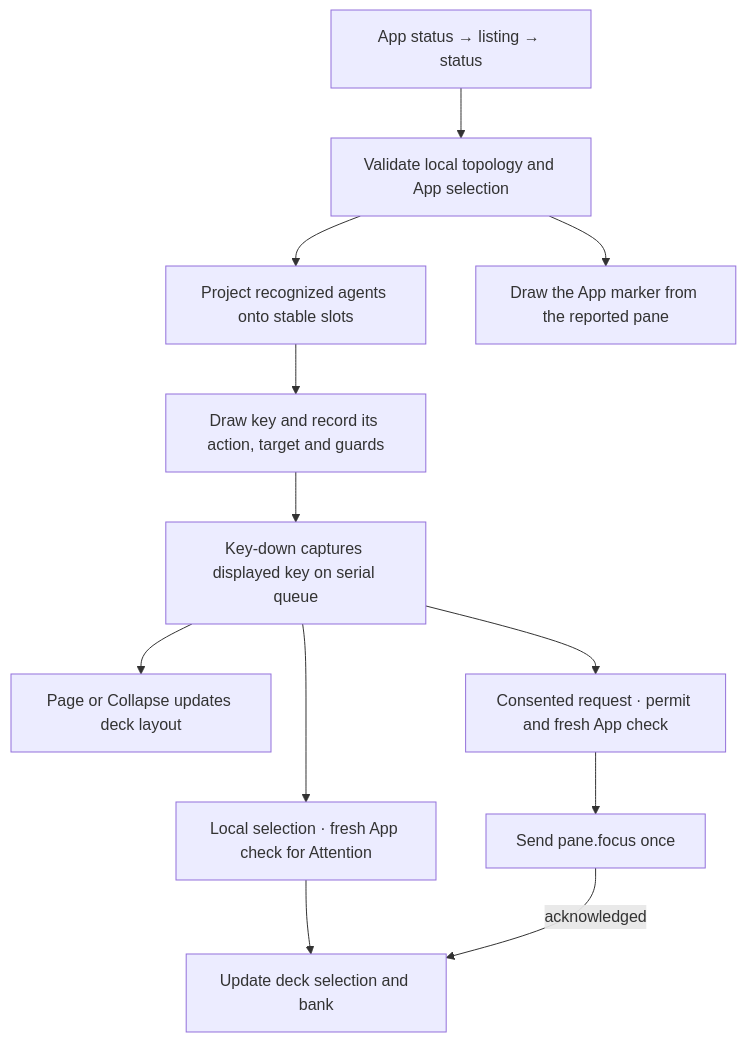
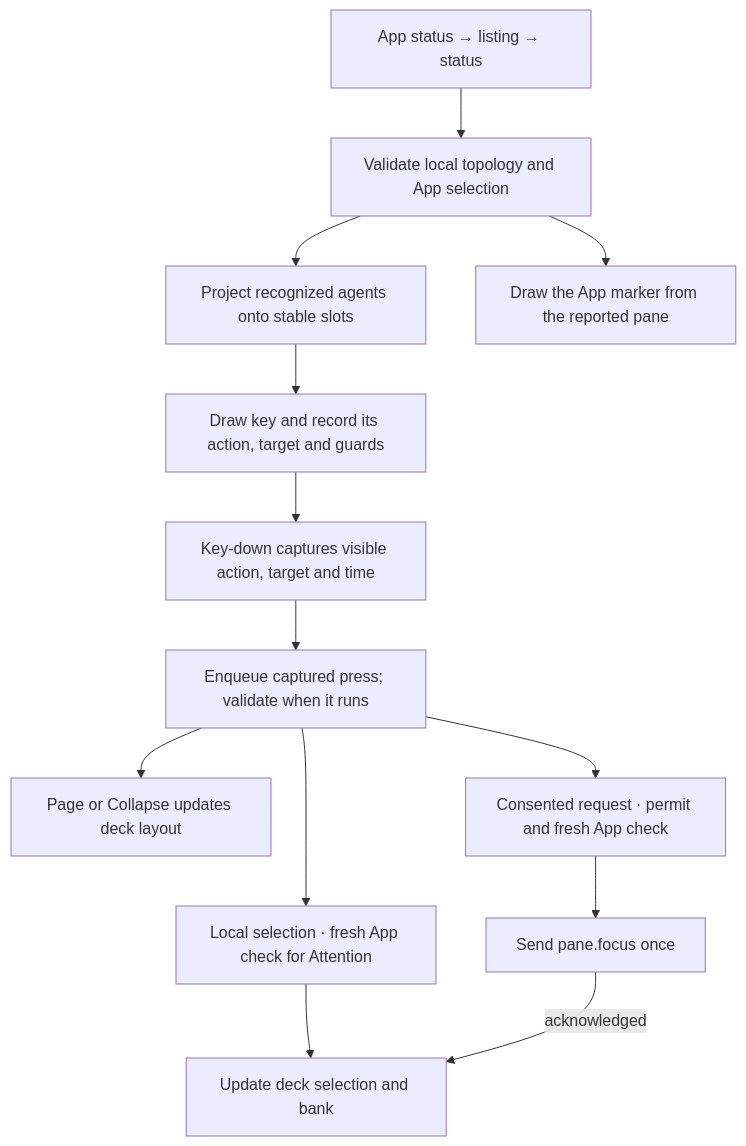
The diagram in docs/plans/HERDR-APP-NAVIGATION-DESIGN.md (kotler/DeckShep), drawn with Mermaid before and after one commit. The commit also changed other lines of this file, not shown here.

````diff
--- a/docs/plans/HERDR-APP-NAVIGATION-DESIGN.md
+++ b/docs/plans/HERDR-APP-NAVIGATION-DESIGN.md
@@ -47,14 +48,15 @@
 ```mermaid
 flowchart TD
     A["App status → listing → status"] --> B["Validate local topology and App selection"]
     B --> C["Project recognized agents onto stable slots"]
     C --> D["Draw key and record its action, target and guards"]
-    D --> E["Key-down captures displayed key on serial queue"]
+    D --> KD["Key-down captures visible action, target and time"]
+    KD --> E["Enqueue captured press; validate when it runs"]
     E --> F["Page or Collapse updates deck layout"]
     E --> G["Local selection · fresh App check for Attention"]
     E --> H["Consented request · permit and fresh App check"]
     G --> I["Update deck selection and bank"]
     H --> J["Send pane.focus once"]
     J -->|acknowledged| I
     B --> K["Draw the App marker from the reported pane"]
 ```
````
